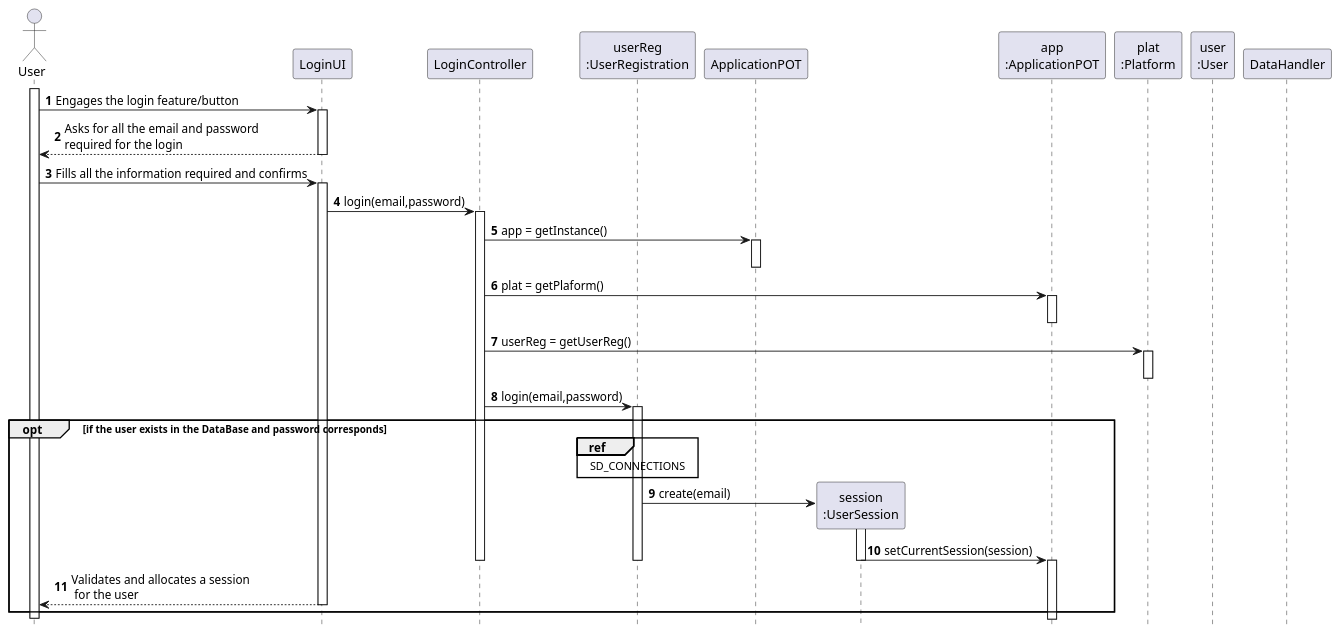
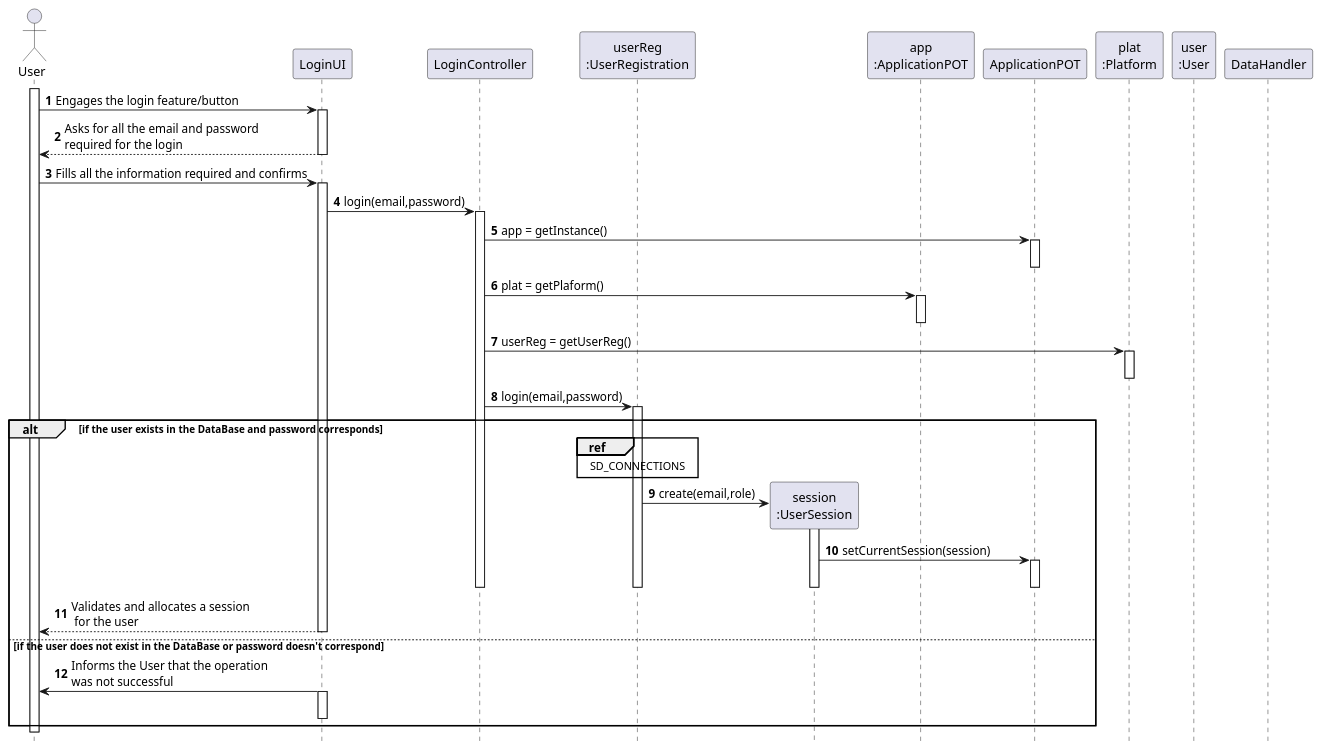
Before and after one commit to tiagoavcosta25/LAPR3: the diagram in docs/Iteration 1/User Management/US67_Login/US67_SD.puml, drawn with PlantUML. The commit also changed 8 other files, not shown here.

```diff
--- a/docs/Iteration 1/User Management/US67_Login/US67_SD.puml
+++ b/docs/Iteration 1/User Management/US67_Login/US67_SD.puml
@@ -1,81 +1,92 @@
 @startuml
 autonumber
 hide footbox
 
 actor "User" as U
 
 participant "LoginUI" as UI
 participant "LoginController" as CTRL
 
 
 participant "userReg\n:UserRegistration" as UREG
-participant "ApplicationPOT" as _APP
+
 participant "session\n:UserSession" as SES
 participant "app\n:ApplicationPOT" as APP
-
+participant "ApplicationPOT" as _APP
 participant "plat\n:Platform" as PLAT
 participant "user\n:User" as USER
 
 
 participant "DataHandler" as DH
 
 activate U
 
 U -> UI : Engages the login feature/button
 activate UI
 UI --> U : Asks for all the email and password\nrequired for the login
 deactivate UI
 
 U -> UI : Fills all the information required and confirms
 activate UI
 
 UI -> CTRL : login(email,password)
 activate CTRL
 
 CTRL -> _APP: app = getInstance()
 activate _APP
 deactivate _APP
 
 CTRL -> APP: plat = getPlaform()
 activate APP
 deactivate APP
 
 CTRL -> PLAT : userReg = getUserReg()
 activate PLAT
 deactivate PLAT
 
 CTRL -> UREG : login(email,password)
 activate UREG
 
 
 
 
 
-opt if the user exists in the DataBase and password corresponds
+alt if the user exists in the DataBase and password corresponds
 
 
 
 
 ref over UREG
 SD_CONNECTIONS
 end ref
-UREG -> SES** : create(email)
+UREG -> SES** : create(email,role)
 activate SES
-SES -> APP : setCurrentSession(session)
+SES -> _APP : setCurrentSession(session)
+activate _APP
 deactivate SES
 
-activate APP
-deactivate APP
+
+deactivate _APP
 
 deactivate UREG
 
 
 deactivate CTRL
 
 UI --> U : Validates and allocates a session\n for the user
 deactivate UI
-end opt
-deactivate U
+
+else if the user does not exist in the DataBase or password doesn't correspond
 
 
+
+
+
+UI -> U : Informs the User that the operation\nwas not successful
+activate UI
+deactivate UI
+
+end
+
+deactivate U
 @enduml
```
